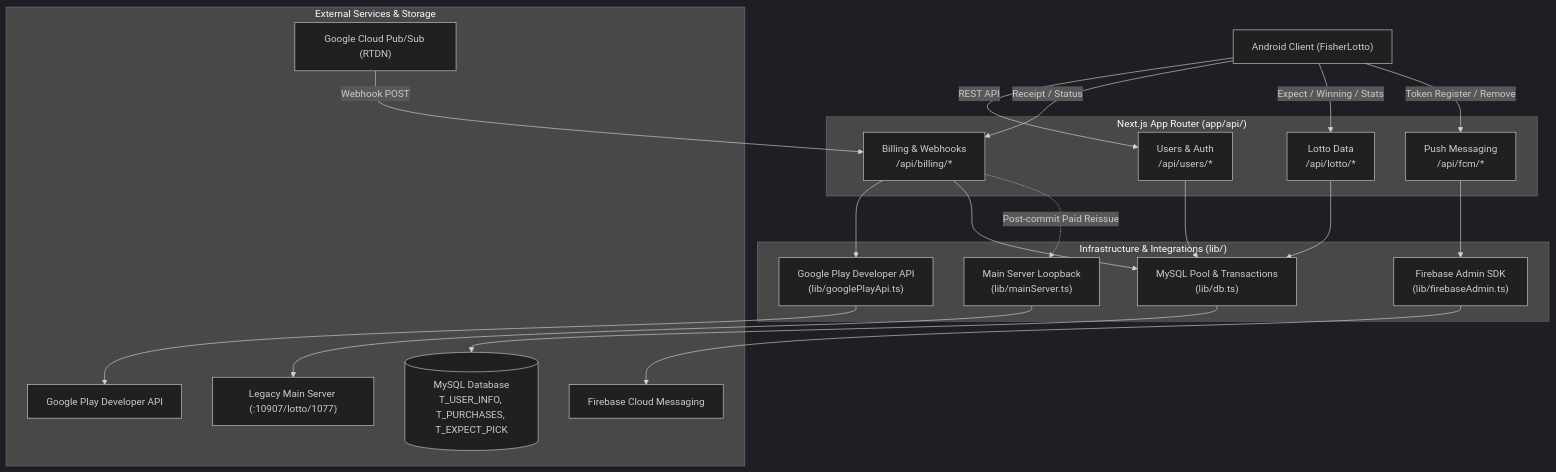
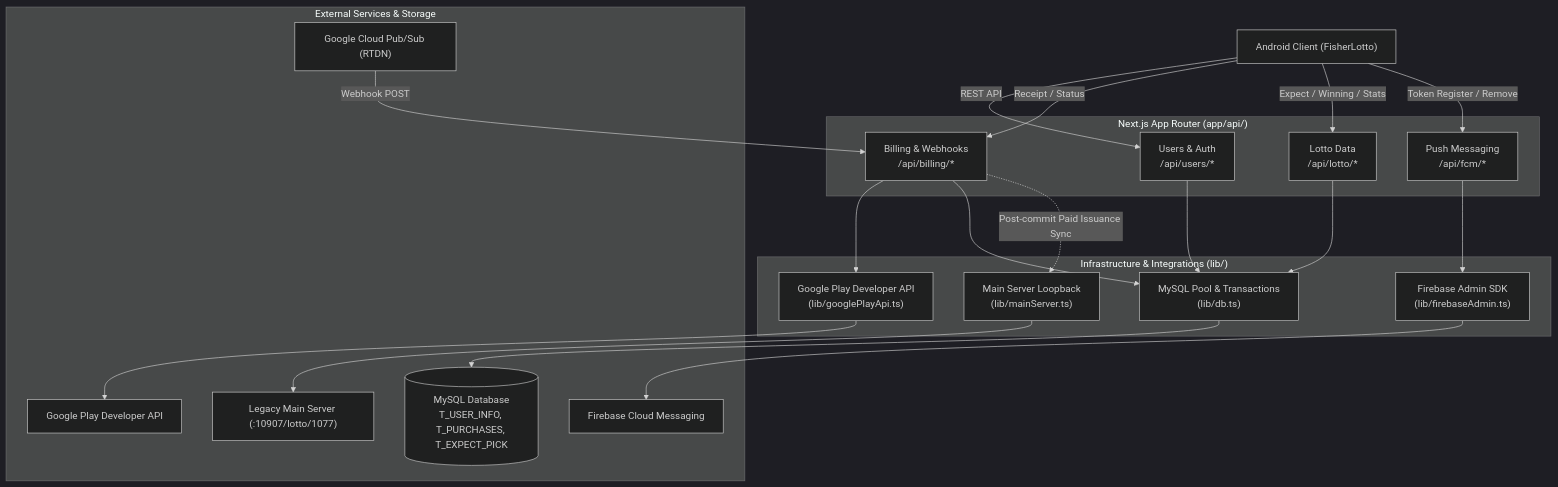
One commit to E1jeong/lotto-sub-backend changed the diagram in AGENTS.md. Above: the diagram before and after it, drawn with Mermaid (dark theme). The commit also changed other lines of this file and 7 other files, not shown here.

````diff
--- a/AGENTS.md
+++ b/AGENTS.md
@@ -23,44 +23,44 @@
 ```mermaid
 flowchart TD
     Client["Android Client (FisherLotto)"]
     
     subgraph NextJS["Next.js App Router (app/api/)"]
         AuthRoute["Users & Auth<br/>/api/users/*"]
         BillingRoute["Billing & Webhooks<br/>/api/billing/*"]
         LottoRoute["Lotto Data<br/>/api/lotto/*"]
         FCMRoute["Push Messaging<br/>/api/fcm/*"]
     end
     
     subgraph Services["Infrastructure & Integrations (lib/)"]
         DBLib["MySQL Pool & Transactions<br/>(lib/db.ts)"]
         PlayLib["Google Play Developer API<br/>(lib/googlePlayApi.ts)"]
         MainLib["Main Server Loopback<br/>(lib/mainServer.ts)"]
         FCMLib["Firebase Admin SDK<br/>(lib/firebaseAdmin.ts)"]
     end
     
     subgraph External["External Services & Storage"]
         MySQL[("MySQL Database<br/>T_USER_INFO, T_PURCHASES, T_EXPECT_PICK")]
         PlayAPI["Google Play Developer API"]
         PubSub["Google Cloud Pub/Sub (RTDN)"]
         FCMServer["Firebase Cloud Messaging"]
         MainServer["Legacy Main Server (:10907/lotto/1077)"]
     end
     
     Client -->|REST API| AuthRoute
     Client -->|Receipt / Status| BillingRoute
     Client -->|Expect / Winning / Stats| LottoRoute
     Client -->|Token Register / Remove| FCMRoute
     PubSub -->|Webhook POST| BillingRoute
     
     AuthRoute --> DBLib
     BillingRoute --> PlayLib
     BillingRoute --> DBLib
-    BillingRoute -.->|Post-commit Paid Reissue| MainLib
+    BillingRoute -.->|Post-commit Paid Issuance Sync| MainLib
     LottoRoute --> DBLib
     FCMRoute --> FCMLib
     
     DBLib --> MySQL
     PlayLib --> PlayAPI
     MainLib --> MainServer
     FCMLib --> FCMServer
 ```
````
